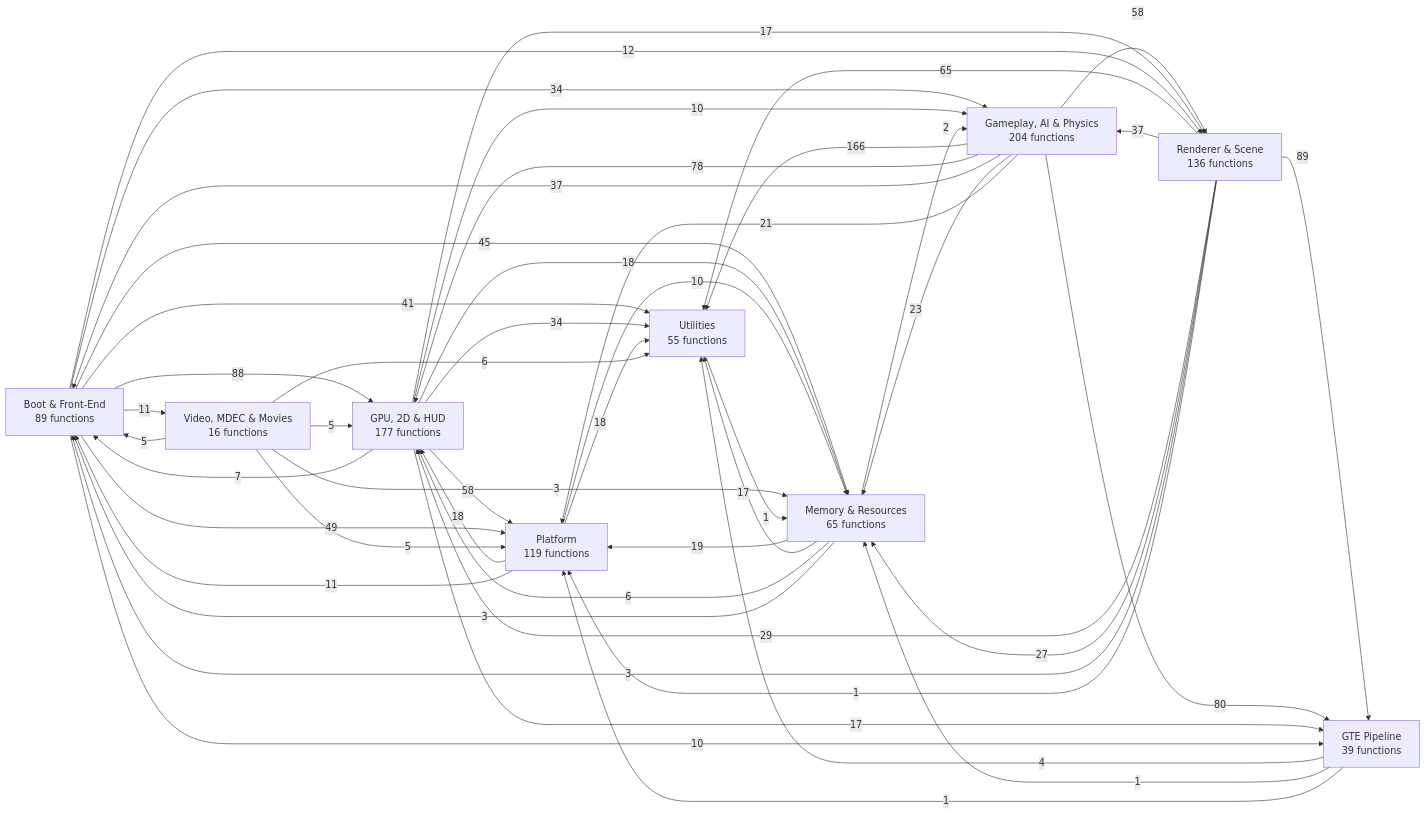
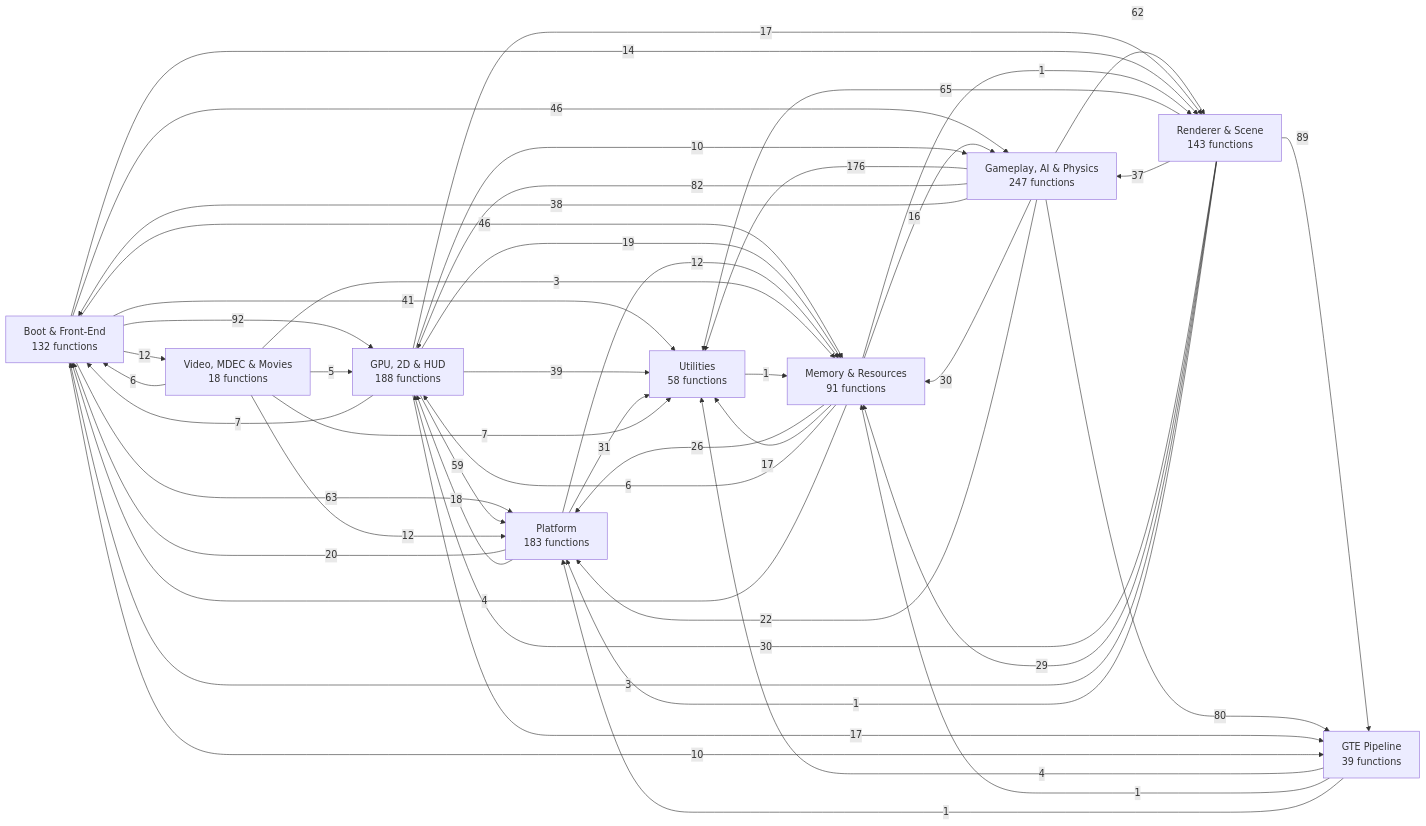
The first of 11 diagrams in docs/FUNCTION_MAP.md (kai-luni/Future-Cop-L.A.P.D-PS1), drawn with Mermaid before and after one commit. The commit also changed other lines of this file, not shown here.

````diff
--- a/docs/FUNCTION_MAP.md
+++ b/docs/FUNCTION_MAP.md
@@ -13,59 +13,60 @@
 ```mermaid
 graph LR
-    g0["Boot & Front-End<br/>89 functions"]
-    g1["Memory & Resources<br/>65 functions"]
-    g2["Video, MDEC & Movies<br/>16 functions"]
+    g0["Boot & Front-End<br/>132 functions"]
+    g1["Memory & Resources<br/>91 functions"]
+    g2["Video, MDEC & Movies<br/>18 functions"]
     g3["GTE Pipeline<br/>39 functions"]
-    g4["Renderer & Scene<br/>136 functions"]
-    g5["GPU, 2D & HUD<br/>177 functions"]
-    g6["Gameplay, AI & Physics<br/>204 functions"]
-    g7["Platform<br/>119 functions"]
-    g8["Utilities<br/>55 functions"]
-    g6 -->|166| g8
+    g4["Renderer & Scene<br/>143 functions"]
+    g5["GPU, 2D & HUD<br/>188 functions"]
+    g6["Gameplay, AI & Physics<br/>247 functions"]
+    g7["Platform<br/>183 functions"]
+    g8["Utilities<br/>58 functions"]
+    g6 -->|176| g8
+    g0 -->|92| g5
     g4 -->|89| g3
-    g0 -->|88| g5
+    g6 -->|82| g5
     g6 -->|80| g3
-    g6 -->|78| g5
     g4 -->|65| g8
-    g5 -->|58| g7
-    g6 -->|58| g4
-    g0 -->|49| g7
-    g0 -->|45| g1
+    g0 -->|63| g7
+    g6 -->|62| g4
+    g5 -->|59| g7
+    g0 -->|46| g6
+    g0 -->|46| g1
     g0 -->|41| g8
-    g6 -->|37| g0
+    g5 -->|39| g8
+    g6 -->|38| g0
     g4 -->|37| g6
-    g0 -->|34| g6
-    g5 -->|34| g8
-    g4 -->|29| g5
-    g4 -->|27| g1
-    g6 -->|23| g1
-    g6 -->|21| g7
-    g1 -->|19| g7
-    g5 -->|18| g1
+    g7 -->|31| g8
+    g6 -->|30| g1
+    g4 -->|30| g5
+    g4 -->|29| g1
+    g1 -->|26| g7
+    g6 -->|22| g7
+    g7 -->|20| g0
+    g5 -->|19| g1
     g7 -->|18| g5
-    g7 -->|18| g8
     g5 -->|17| g3
     g5 -->|17| g4
     g1 -->|17| g8
-    g0 -->|12| g4
-    g0 -->|11| g2
-    g7 -->|11| g0
+    g1 -->|16| g6
+    g0 -->|14| g4
+    g0 -->|12| g2
+    g7 -->|12| g1
+    g2 -->|12| g7
     g0 -->|10| g3
     g5 -->|10| g6
-    g7 -->|10| g1
     g5 -->|7| g0
+    g2 -->|7| g8
     g1 -->|6| g5
-    g2 -->|6| g8
-    g2 -->|5| g0
+    g2 -->|6| g0
     g2 -->|5| g5
-    g2 -->|5| g7
     g3 -->|4| g8
-    g1 -->|3| g0
+    g1 -->|4| g0
     g4 -->|3| g0
     g2 -->|3| g1
-    g1 -->|2| g6
     g3 -->|1| g1
     g3 -->|1| g7
+    g1 -->|1| g4
     g4 -->|1| g7
     g8 -->|1| g1
 ```
````
